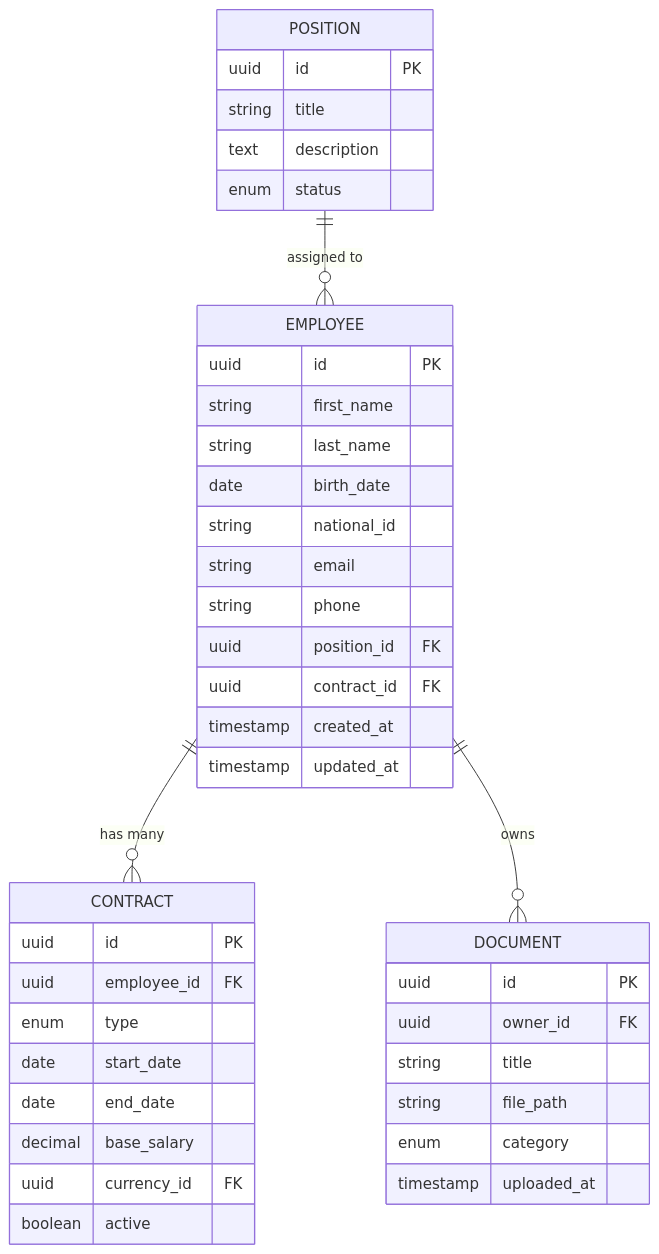
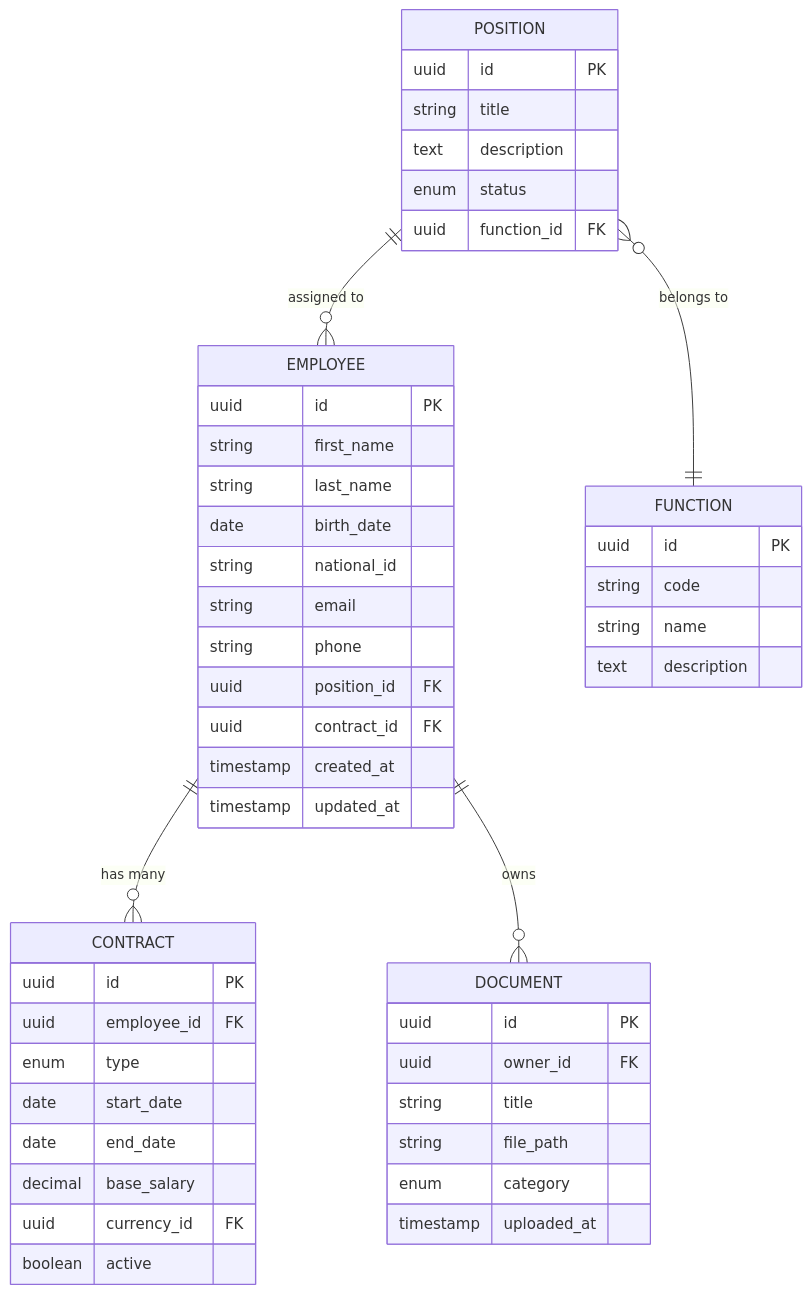
One commit to franckylab/eLISAschool changed the third of 9 diagrams in .qoder/repowiki/en/content/Human Resources Management/Human Resources Management.md. Above: the diagram before and after it, drawn with Mermaid. The commit also changed other lines of this file and 134 other files, not shown here.

````diff
--- a/.qoder/repowiki/en/content/Human Resources Management/Human Resources Management.md
+++ b/.qoder/repowiki/en/content/Human Resources Management/Human Resources Management.md
@@ -188,43 +200,51 @@
 ```mermaid
 erDiagram
 EMPLOYEE {
 uuid id PK
 string first_name
 string last_name
 date birth_date
 string national_id
 string email
 string phone
 uuid position_id FK
 uuid contract_id FK
 timestamp created_at
 timestamp updated_at
 }
 POSITION {
 uuid id PK
 string title
 text description
 enum status
+uuid function_id FK
+}
+FUNCTION {
+uuid id PK
+string code
+string name
+text description
 }
 CONTRACT {
 uuid id PK
 uuid employee_id FK
 enum type
 date start_date
 date end_date
 decimal base_salary
 uuid currency_id FK
 boolean active
 }
 DOCUMENT {
 uuid id PK
 uuid owner_id FK
 string title
 string file_path
 enum category
 timestamp uploaded_at
 }
 EMPLOYEE ||--o{ CONTRACT : "has many"
 POSITION ||--o{ EMPLOYEE : "assigned to"
+POSITION }o--|| FUNCTION : "belongs to"
 EMPLOYEE ||--o{ DOCUMENT : "owns"
 ```
````
